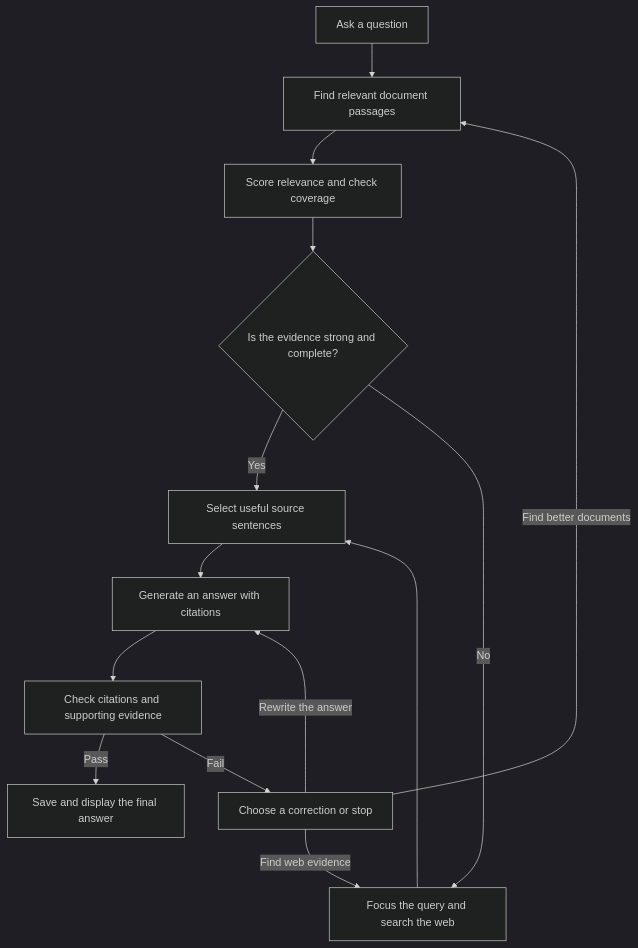
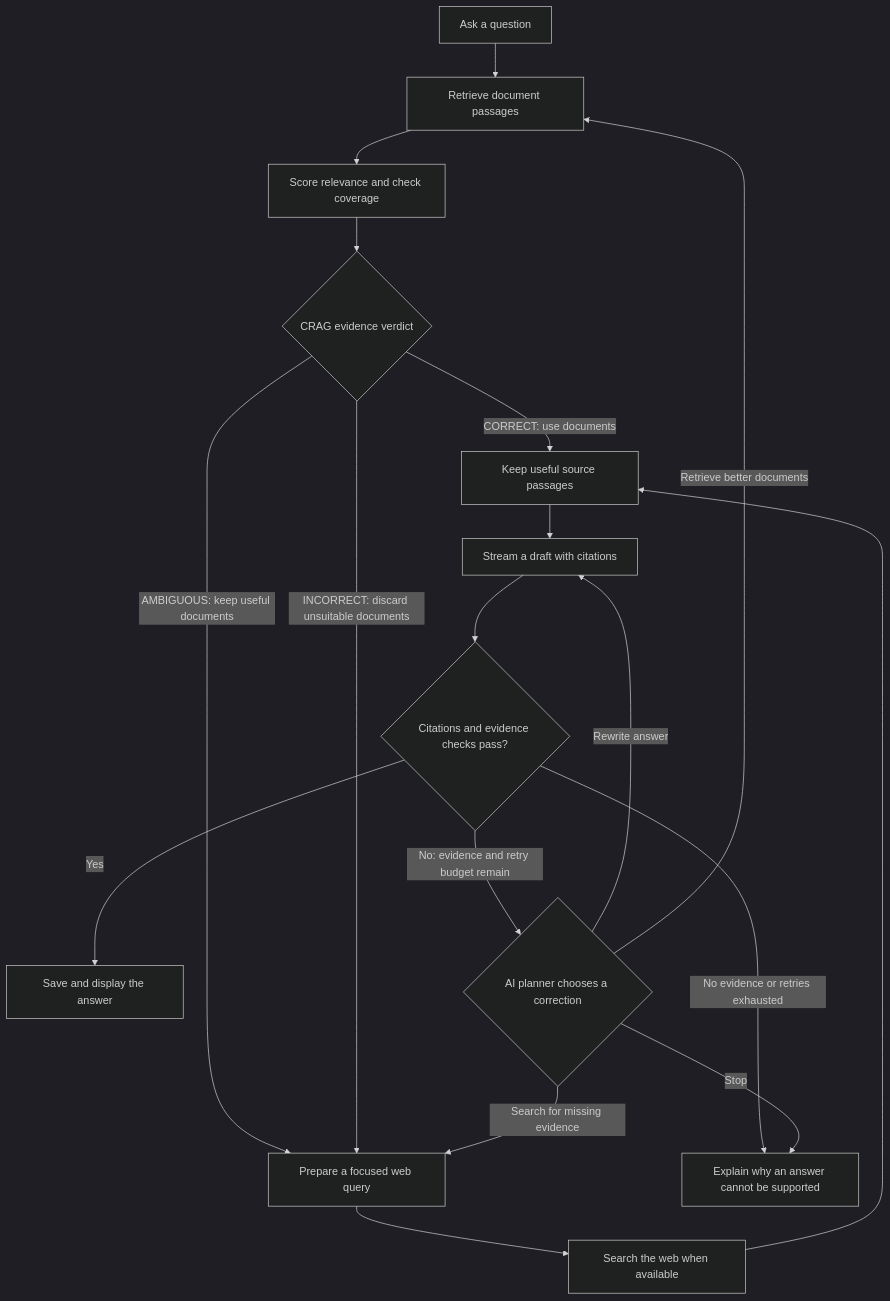
The first of 2 diagrams in README.md (Shivasaiyadav08/Crebry-Agentic-CRAG-Research), drawn with Mermaid (dark theme) before and after one commit. The commit also changed other lines of this file, not shown here.

Commit message:
Explain agentic CRAG and research workflow in README [skip render]

````diff
--- a/README.md
+++ b/README.md
@@ -23,16 +36,20 @@
 ```mermaid
 flowchart TD
-    Question[Ask a question] --> Retrieve[Find relevant document passages]
-    Retrieve --> Grade[Score relevance and check coverage]
-    Grade --> Decision{Is the evidence strong and complete?}
-    Decision -->|Yes| Refine[Select useful source sentences]
-    Decision -->|No| Search[Focus the query and search the web]
+    Question[Ask a question] --> Retrieve[Retrieve document passages]
+    Retrieve --> Evaluate[Score relevance and check coverage]
+    Evaluate --> Verdict{CRAG evidence verdict}
+    Verdict -->|CORRECT: use documents| Refine[Keep useful source passages]
+    Verdict -->|AMBIGUOUS: keep useful documents| Rewrite[Prepare a focused web query]
+    Verdict -->|INCORRECT: discard unsuitable documents| Rewrite
+    Rewrite --> Search[Search the web when available]
     Search --> Refine
-    Refine --> Generate[Generate an answer with citations]
-    Generate --> Validate[Check citations and supporting evidence]
-    Validate -->|Pass| Save[Save and display the final answer]
-    Validate -->|Fail| Correct[Choose a correction or stop]
-    Correct -->|Rewrite the answer| Generate
-    Correct -->|Find better documents| Retrieve
-    Correct -->|Find web evidence| Search
+    Refine --> Generate[Stream a draft with citations]
+    Generate --> Validate{Citations and evidence checks pass?}
+    Validate -->|Yes| Save[Save and display the answer]
+    Validate -->|No: evidence and retry budget remain| Plan{AI planner chooses a correction}
+    Validate -->|No evidence or retries exhausted| Stop[Explain why an answer cannot be supported]
+    Plan -->|Rewrite answer| Generate
+    Plan -->|Retrieve better documents| Retrieve
+    Plan -->|Search for missing evidence| Rewrite
+    Plan -->|Stop| Stop
 ```
````
